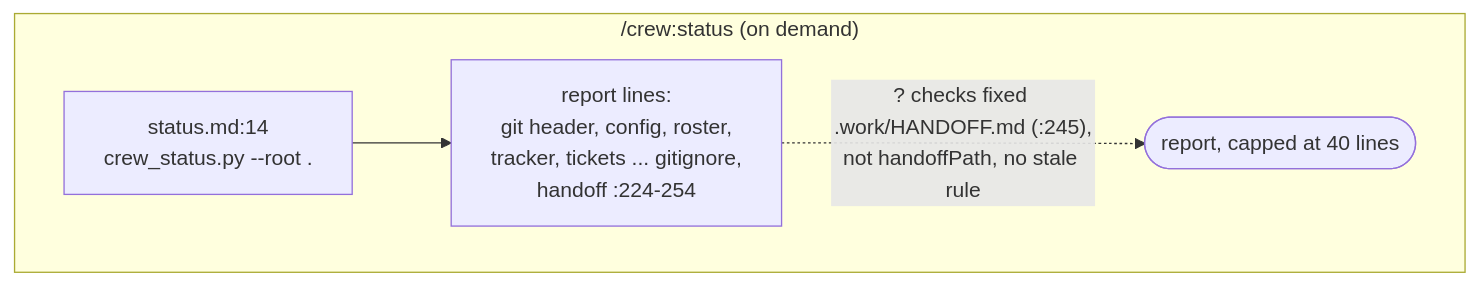
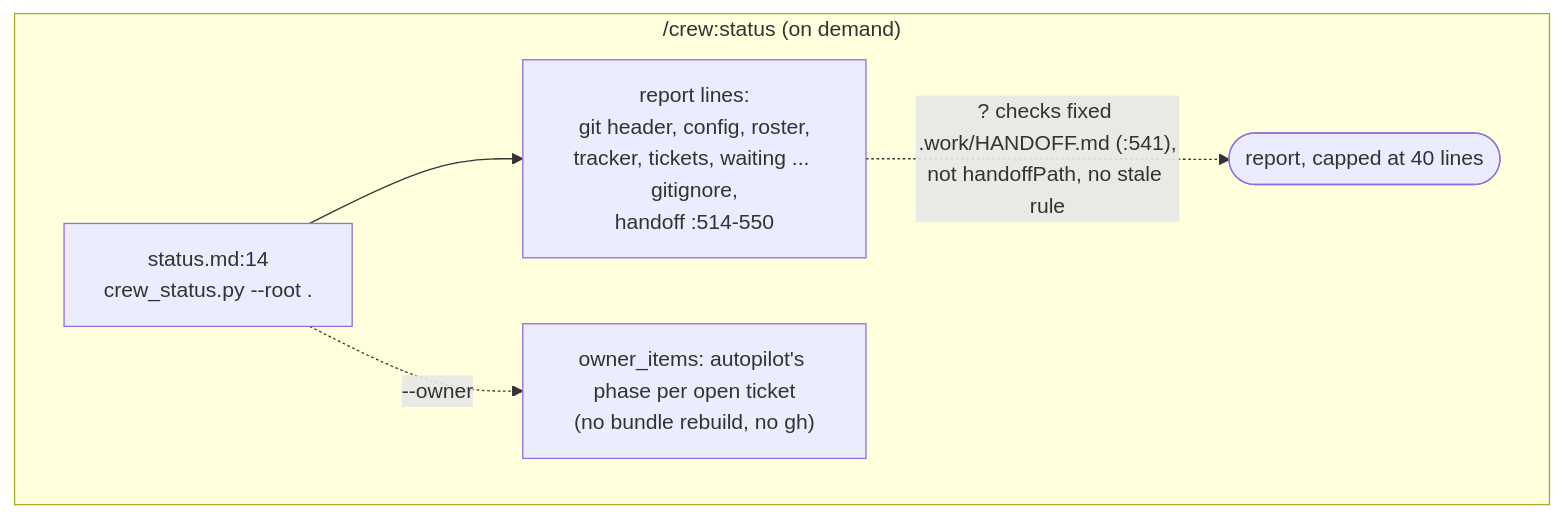
The diagram in docs/diagrams/process-crew-brief-status.mmd (mbadali25/useful-claude-add-ons), drawn with Mermaid before and after one commit. The commit also changed 10 other files, not shown here.

First line of the commit message:
L-0550 r6, L-0666 r5, L-0551 r4, L-0687 r3, L-0670 r2: could-not-tell stays visible in status, the owner list and the replan guard

```diff
--- a/docs/diagrams/process-crew-brief-status.mmd
+++ b/docs/diagrams/process-crew-brief-status.mmd
@@ -1,18 +1,23 @@
-%% Generated from useful-claude-add-ons@5cdfb775 on 2026-10-04. Verify before trusting.
-%% Anchors: plugin/crew/commands/status.md, plugin/crew/hooks/scripts/crew_status.py, plugin/crew/hooks/scripts/crew_tracker.py
+%% Generated from useful-claude-add-ons@5cdfb775 on 2026-10-04, re-anchored on rush/g6a-autopilot 2026-10-07 (L-0551). Verify before trusting.
+%% Anchors: plugin/crew/commands/status.md, plugin/crew/hooks/scripts/crew_status.py, plugin/crew/hooks/scripts/crew_tracker.py, plugin/crew/hooks/scripts/crew_autopilot_owner.py
 %% Purpose: What /crew:status reads when run on demand, and the one place it differs from the SessionStart hooks: it checks a fixed handoff path and applies no stale rule.
 %% Part of process-crew-brief.mmd (the overview, which keeps the re-anchoring history).
 %% Re-anchored a54ca704 -> 5cdfb775 (T-0039): crew_status.py gained the `gitignore` line after codemap
 %%    (crew_gitignore.summary, read-only); collect() moved :211-240 -> :224-254 and the HANDOFF check
 %%    :231 -> :245 (re-read with grep -n). status.md:14 holds.
-%% /crew:status: commands/status.md:14 -> crew_status.py; :224-254 report lines.
-%% /crew:status checks the fixed path .work/HANDOFF.md (crew_status.py:245),
+%% Re-anchored for L-0551 / L-0687: collect() is now crew_status.py:514-550, the HANDOFF check :541;
+%%    the `waiting` line (:528) is crew_autopilot_owner.owner_items, autopilot's own phase read
+%%    (policy=False, deep=False: no bundle rebuild, no gh), and `--owner` lists it (owner_lines).
+%% /crew:status: commands/status.md:14 -> crew_status.py; :514-550 report lines.
+%% /crew:status checks the fixed path .work/HANDOFF.md (crew_status.py:541),
 %% not context.handoffPath, and does not apply the stale rule.
 %% Note st2: git header, config file, roster, tracker (crew_tracker.resolve, :67), tickets,
-%%    review ledgers, verify, shell (Windows only, T-0040), codemap freshness, gitignore
-%%    (T-0039), metrics, handoff, interrupted migrate :224-254
+%%    waiting (crew_autopilot_owner.owner_items, L-0551), review ledgers, verify, shell (Windows
+%%    only, T-0040), codemap freshness, gitignore (T-0039), metrics, handoff, interrupted migrate
+%%    :514-550
 flowchart TB
     subgraph status["/crew:status (on demand)"]
-        st1["status.md:14<br/>crew_status.py --root ."] --> st2["report lines:<br/>git header, config, roster,<br/>tracker, tickets ... gitignore,<br/>handoff :224-254"]
-        st2 -. "? checks fixed .work/HANDOFF.md (:245),<br/>not handoffPath, no stale rule" .-> st3([report, capped at 40 lines])
+        st1["status.md:14<br/>crew_status.py --root ."] --> st2["report lines:<br/>git header, config, roster,<br/>tracker, tickets, waiting ... gitignore,<br/>handoff :514-550"]
+        st2 -. "? checks fixed .work/HANDOFF.md (:541),<br/>not handoffPath, no stale rule" .-> st3([report, capped at 40 lines])
+        st1 -. "--owner" .-> st4["owner_items: autopilot's phase per open ticket<br/>(no bundle rebuild, no gh)"]
     end
```
